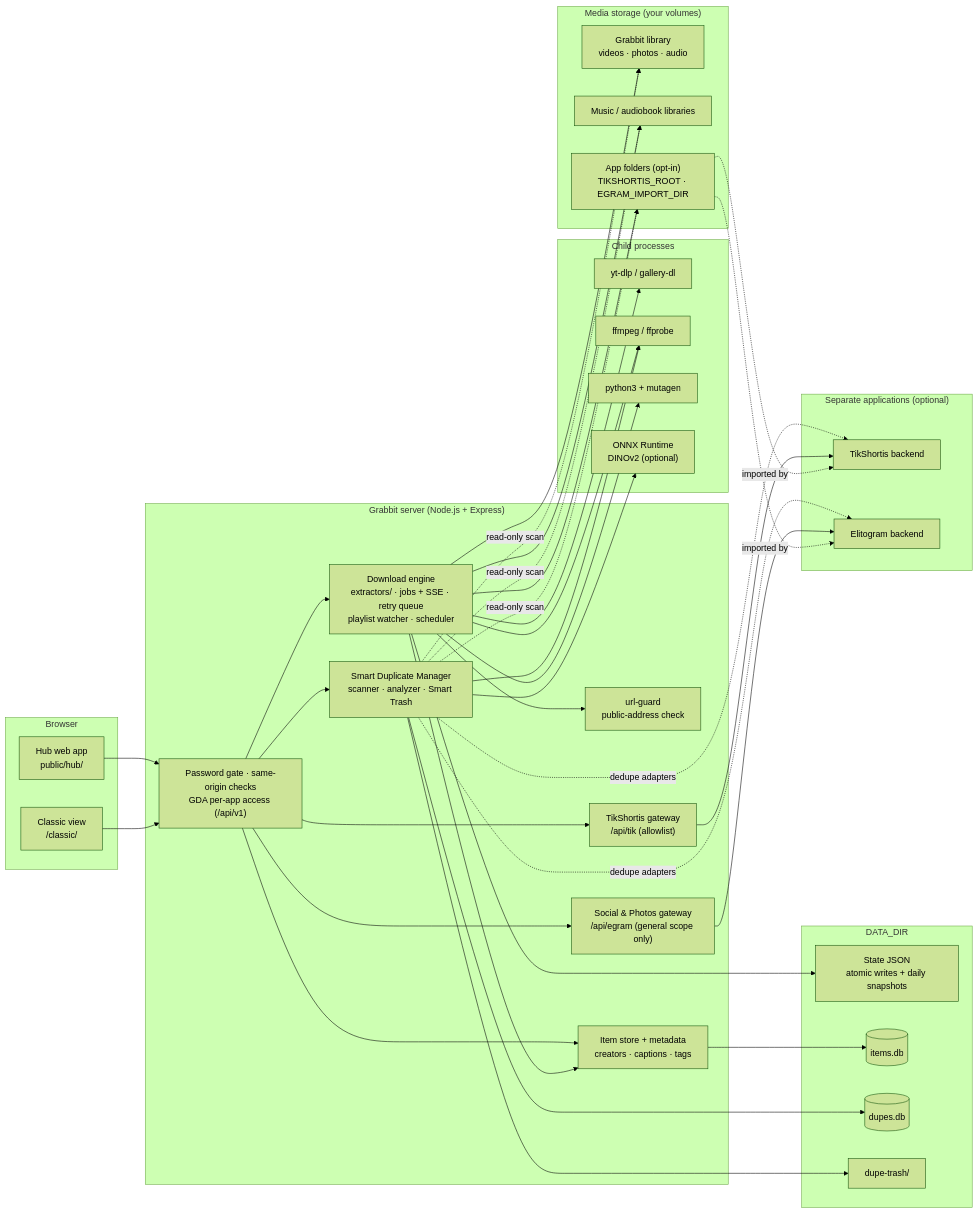
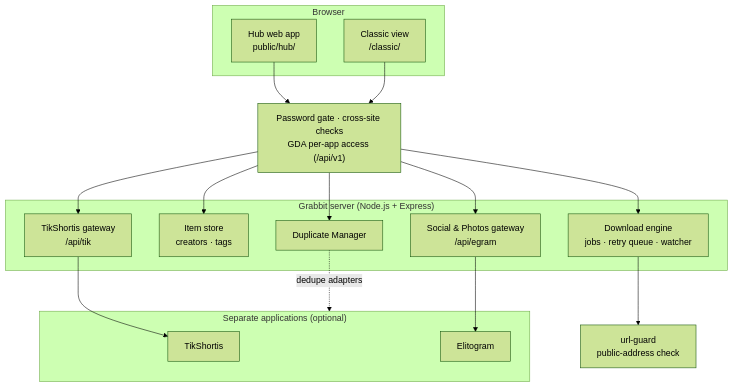
Before and after one commit to tjelite1986/grabbit: the first of 2 diagrams in documentation/architecture.md, drawn with Mermaid (forest theme). The commit also changed other lines of this file and 9 other files, not shown here.

````diff
--- a/documentation/architecture.md
+++ b/documentation/architecture.md
@@ -12,59 +19,32 @@
 ```mermaid
-flowchart LR
+flowchart TD
   subgraph Browser
     HUB["Hub web app<br/>public/hub/"]
     CLASSIC["Classic view<br/>/classic/"]
   end
 
+  AUTH["Password gate · cross-site checks<br/>GDA per-app access (/api/v1)"]
+
   subgraph Grabbit["Grabbit server (Node.js + Express)"]
-    AUTH["Password gate · same-origin checks<br/>GDA per-app access (/api/v1)"]
-    DL["Download engine<br/>extractors/ · jobs + SSE · retry queue<br/>playlist watcher · scheduler"]
-    GUARD["url-guard<br/>public-address check"]
-    META["Item store + metadata<br/>creators · captions · tags"]
-    SDM["Smart Duplicate Manager<br/>scanner · analyzer · Smart Trash"]
-    TIKGW["TikShortis gateway<br/>/api/tik (allowlist)"]
-    EGGW["Social & Photos gateway<br/>/api/egram (general scope only)"]
+    DL["Download engine<br/>jobs · retry queue · watcher"]
+    META["Item store<br/>creators · tags"]
+    SDM["Duplicate Manager"]
+    TIKGW["TikShortis gateway<br/>/api/tik"]
+    EGGW["Social & Photos gateway<br/>/api/egram"]
   end
 
-  subgraph Tools["Child processes"]
-    YTDLP["yt-dlp / gallery-dl"]
-    FF["ffmpeg / ffprobe"]
-    PY["python3 + mutagen"]
-    ONNX["ONNX Runtime<br/>DINOv2 (optional)"]
-  end
-
-  subgraph Data["DATA_DIR"]
-    JSON["State JSON<br/>atomic writes + daily snapshots"]
-    ITEMS[("items.db")]
-    DUPES[("dupes.db")]
-    TRASH["dupe-trash/"]
-  end
-
-  subgraph Storage["Media storage (your volumes)"]
-    LIB["Grabbit library<br/>videos · photos · audio"]
-    MUSIC["Music / audiobook libraries"]
-    APPROOT["App folders (opt-in)<br/>TIKSHORTIS_ROOT · EGRAM_IMPORT_DIR"]
-  end
+  GUARD["url-guard<br/>public-address check"]
 
   subgraph Apps["Separate applications (optional)"]
-    TIK["TikShortis backend"]
-    EG["Elitogram backend"]
+    TIK["TikShortis"]
+    EG["Elitogram"]
   end
 
   HUB --> AUTH
   CLASSIC --> AUTH
   AUTH --> DL & META & SDM & TIKGW & EGGW
   DL --> GUARD
-  DL --> YTDLP & FF & PY
-  DL --> LIB & MUSIC & APPROOT
-  DL --> META
-  META --> ITEMS
-  DL --> JSON
-  SDM --> FF & ONNX
-  SDM --> DUPES & TRASH
-  SDM -. "read-only scan" .-> LIB & MUSIC & APPROOT
-  SDM -. "dedupe adapters" .-> TIK & EG
   TIKGW --> TIK
   EGGW --> EG
-  APPROOT -. "imported by" .-> TIK & EG
+  SDM -. "dedupe adapters" .-> Apps
 ```
````
